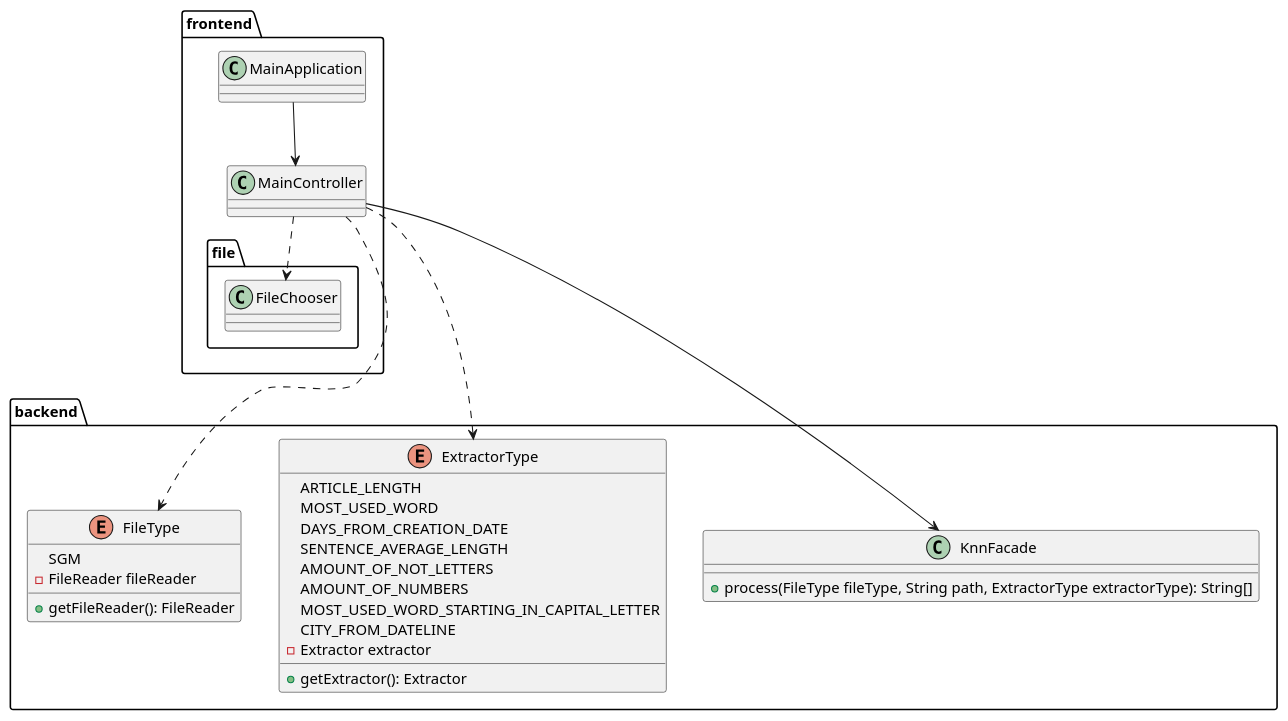
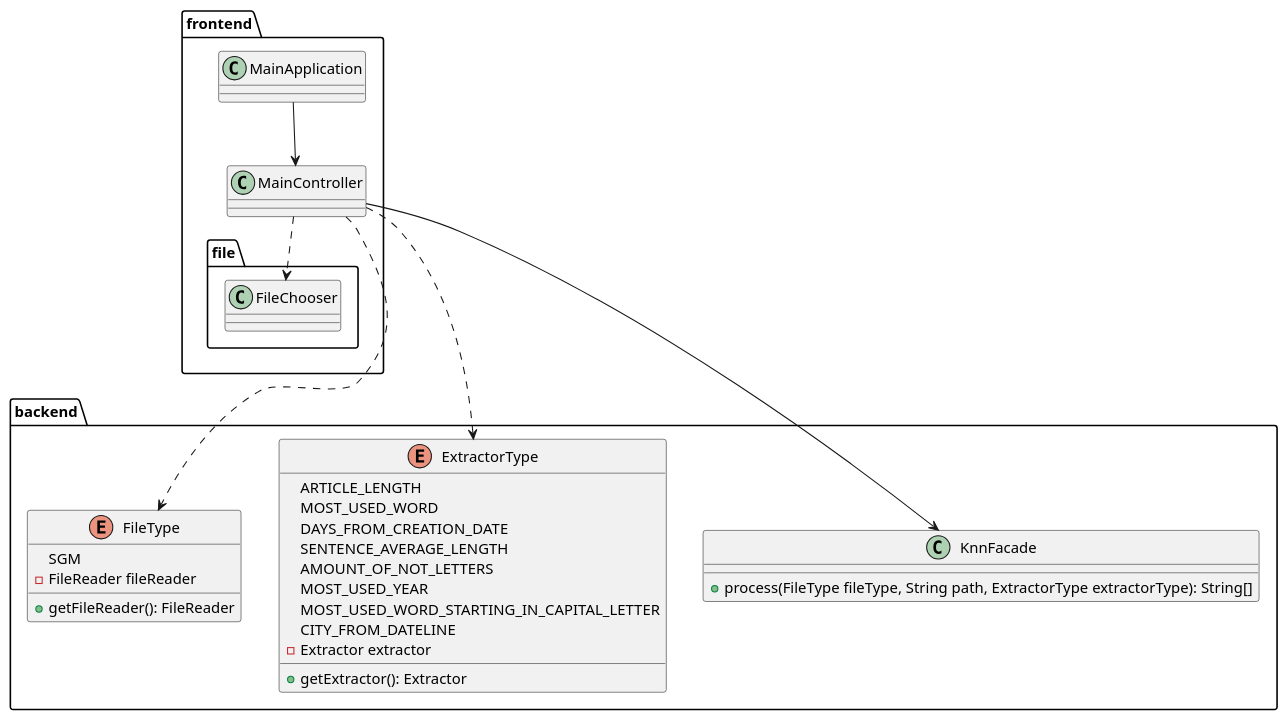
The first of 2 diagrams in README.md (kambed/Computer-Recognition-Systems), drawn with PlantUML before and after one commit. The commit also changed other lines of this file and 3 other files, not shown here.

Commit message:
Most used year extractor

````diff
--- a/README.md
+++ b/README.md
@@ -3,36 +3,36 @@
 ```plantuml
 package frontend {
     class MainApplication
     class MainController
     package file {
         class FileChooser
     }
     MainController ..> FileChooser
     MainApplication --> MainController
 }
 package backend {
     enum FileType {
         SGM
         - FileReader fileReader
         + getFileReader(): FileReader
     }
     enum ExtractorType {
         ARTICLE_LENGTH
         MOST_USED_WORD
         DAYS_FROM_CREATION_DATE
         SENTENCE_AVERAGE_LENGTH
         AMOUNT_OF_NOT_LETTERS
-        AMOUNT_OF_NUMBERS
+        MOST_USED_YEAR
         MOST_USED_WORD_STARTING_IN_CAPITAL_LETTER
         CITY_FROM_DATELINE
         - Extractor extractor
         + getExtractor(): Extractor
     }
     class KnnFacade {
         + process(FileType fileType, String path, ExtractorType extractorType): String[]
     }
 }
 MainController ---> KnnFacade
 MainController ..> FileType
 MainController ..> ExtractorType
 ```
````
